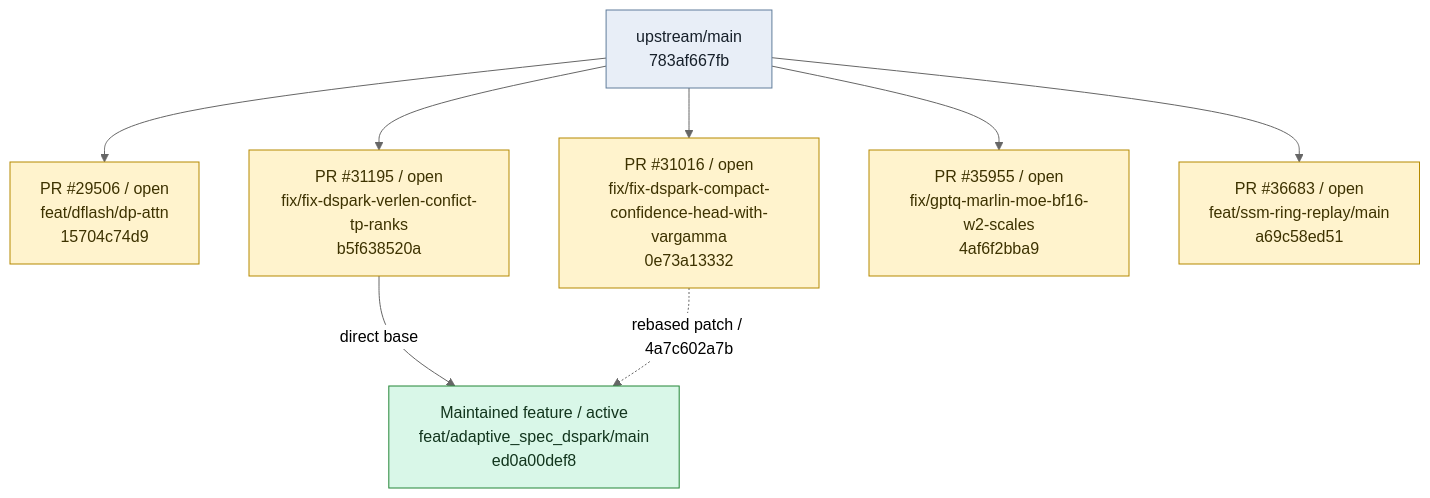
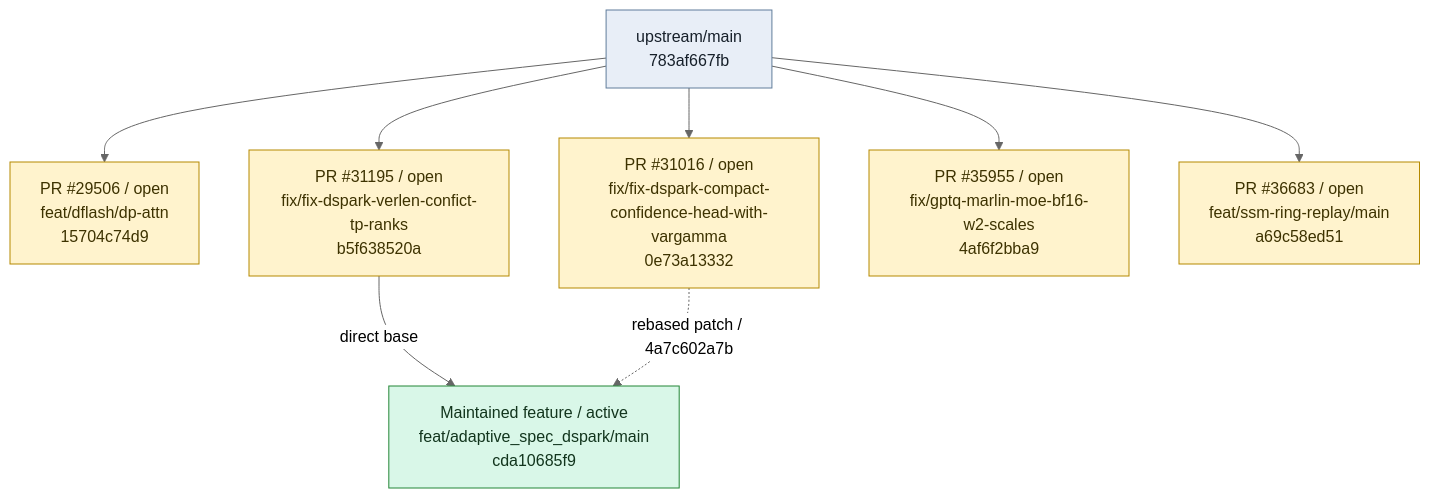
One commit to EanWang211123/sglang changed the first of 2 diagrams in BRANCH_GRAPH.md. Above: the diagram before and after it, drawn with Mermaid (neutral theme). The commit also changed other lines of this file and 2 other files, not shown here.

Commit message:
meta: update DSpark profile grid behavior

````diff
--- a/BRANCH_GRAPH.md
+++ b/BRANCH_GRAPH.md
@@ -11,29 +11,29 @@
 ```mermaid
 flowchart TD
     base_upstream_main["upstream/main<br/>783af667fb"]
     branch_dflash_dp_attn["PR #29506 / open<br/>feat/dflash/dp-attn<br/>15704c74d9"]
     base_upstream_main --> branch_dflash_dp_attn
     click branch_dflash_dp_attn "https://github.com/sgl-project/sglang/pull/29506"
     branch_dspark_tp_budget_sync["PR #31195 / open<br/>fix/fix-dspark-verlen-confict-tp-ranks<br/>b5f638520a"]
     base_upstream_main --> branch_dspark_tp_budget_sync
     click branch_dspark_tp_budget_sync "https://github.com/sgl-project/sglang/pull/31195"
     branch_dspark_runtime_gamma["PR #31016 / open<br/>fix/fix-dspark-compact-confidence-head-with-vargamma<br/>0e73a13332"]
     base_upstream_main --> branch_dspark_runtime_gamma
     click branch_dspark_runtime_gamma "https://github.com/sgl-project/sglang/pull/31016"
     branch_gptq_marlin_moe_bf16_w2_scales["PR #35955 / open<br/>fix/gptq-marlin-moe-bf16-w2-scales<br/>4af6f2bba9"]
     base_upstream_main --> branch_gptq_marlin_moe_bf16_w2_scales
     click branch_gptq_marlin_moe_bf16_w2_scales "https://github.com/sgl-project/sglang/pull/35955"
     branch_replayssm_dflash_dspark["PR #36683 / open<br/>feat/ssm-ring-replay/main<br/>a69c58ed51"]
     base_upstream_main --> branch_replayssm_dflash_dspark
     click branch_replayssm_dflash_dspark "https://github.com/sgl-project/sglang/pull/36683"
-    branch_dspark_adaptive["Maintained feature / active<br/>feat/adaptive_spec_dspark/main<br/>ed0a00def8"]
+    branch_dspark_adaptive["Maintained feature / active<br/>feat/adaptive_spec_dspark/main<br/>cda10685f9"]
     click branch_dspark_adaptive "https://github.com/EanWang211123/sglang/tree/feat/adaptive_spec_dspark/main"
     branch_dspark_tp_budget_sync -->|"direct base"| branch_dspark_adaptive
     branch_dspark_runtime_gamma -.->|"rebased patch / 4a7c602a7b"| branch_dspark_adaptive
     classDef base fill:#e8eef7,stroke:#607d9b,color:#17202a
     classDef pr fill:#fff3cd,stroke:#b58900,color:#3d3200
     classDef feature fill:#d9f7e8,stroke:#238636,color:#12351d
     class base_upstream_main base
     class branch_dflash_dp_attn,branch_dspark_tp_budget_sync,branch_dspark_runtime_gamma,branch_gptq_marlin_moe_bf16_w2_scales,branch_replayssm_dflash_dspark pr
     class branch_dspark_adaptive feature
 ```
````
